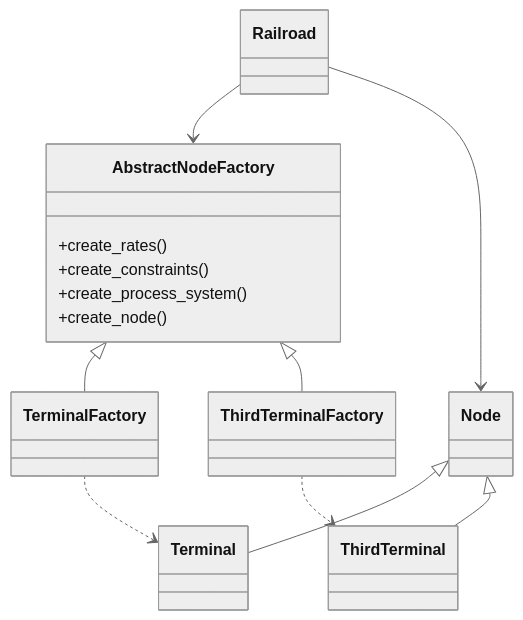
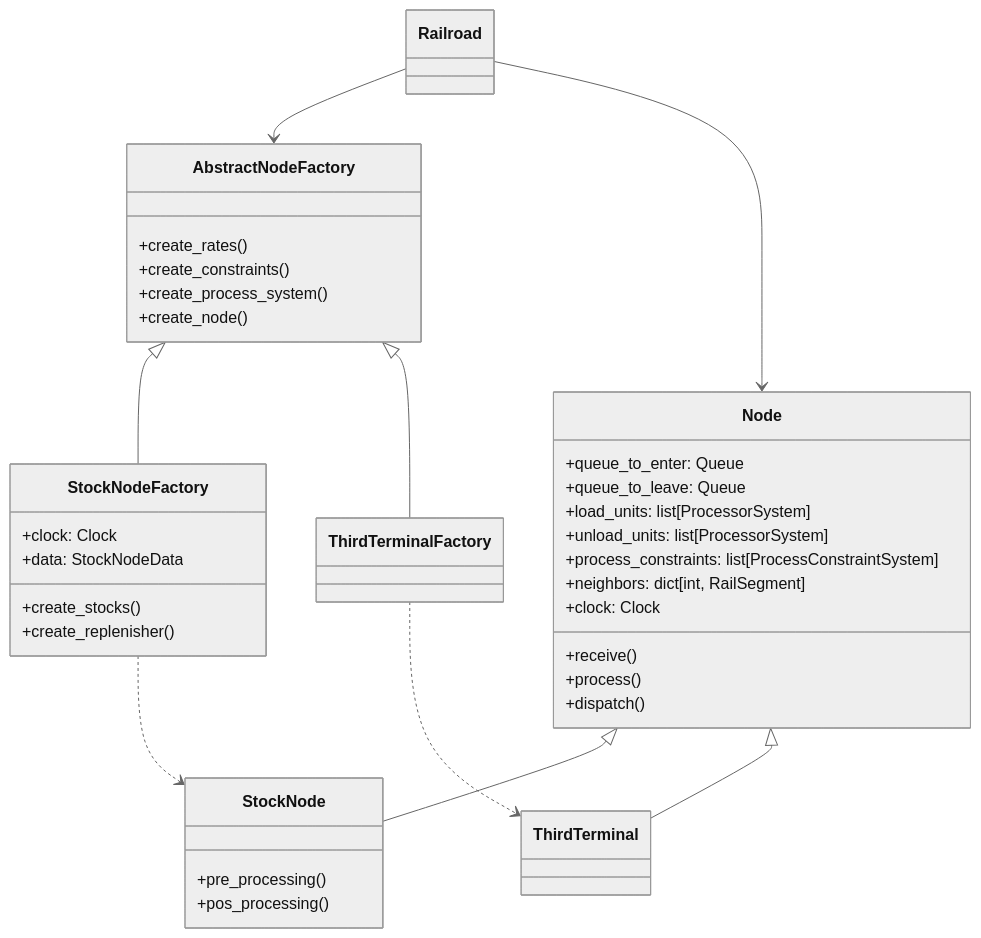
The diagram in docs/Entidades/node.md (MatheusCascalho/RailroadDES), drawn with Mermaid (neutral theme) before and after one commit. The commit also changed other lines of this file, not shown here.

Commit message:
Documentação de node

````diff
--- a/docs/Entidades/node.md
+++ b/docs/Entidades/node.md
@@ -1,38 +29,57 @@
 ```mermaid
 classDiagram
     
     class Railroad
     
     class AbstractNodeFactory{
         +create_rates()
         +create_constraints()
         +create_process_system()
         +create_node()
     }
     
-    class TerminalFactory{
+    class StockNodeFactory{
+        +clock: Clock
+        +data: StockNodeData
+        +create_stocks()
+        +create_replenisher()
     }
     
     class ThirdTerminalFactory
     
-    class Node
+    class Node{
+        +queue_to_enter: Queue
+        +queue_to_leave: Queue
+        +load_units: list[ProcessorSystem]
+        +unload_units: list[ProcessorSystem]
+        +process_constraints: list[ProcessConstraintSystem]
+        +neighbors: dict[int, RailSegment]
+        +clock: Clock
+        
+        +receive()
+        +process()
+        +dispatch()
+    }
     
-    class Terminal
+    class StockNode{
+        +pre_processing()
+        +pos_processing()
+    }
     
     class ThirdTerminal
     
     %% Relação entre objetos
     Railroad --> AbstractNodeFactory
     Railroad --> Node
-    Node <|-- Terminal
+    Node <|-- StockNode
     Node <|-- ThirdTerminal
     
-    AbstractNodeFactory <|-- TerminalFactory
+    AbstractNodeFactory <|-- StockNodeFactory
     AbstractNodeFactory <|-- ThirdTerminalFactory
-    TerminalFactory ..> Terminal : 
-    ThirdTerminalFactory ..> ThirdTerminal : 
+    StockNodeFactory ..> StockNode 
+    ThirdTerminalFactory ..> ThirdTerminal 
     
 
 
 
 ```
````
